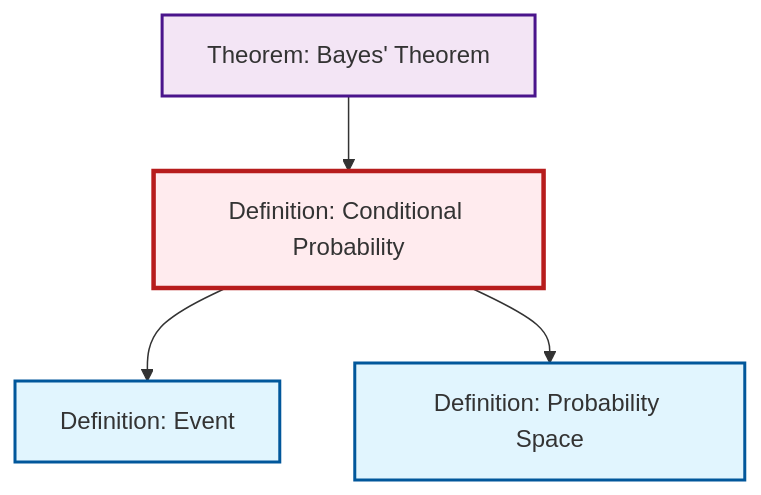
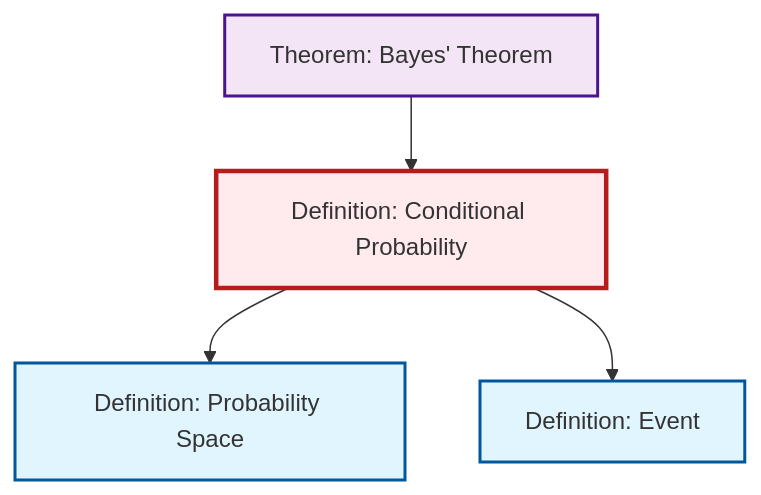
The diagram in content/ja/probability-statistics/def-conditional-probability.qmd (RK0429/ModernMath), drawn with Mermaid before and after one commit. The commit also changed other lines of this file and 434 other files, not shown here.

````diff
--- a/content/ja/probability-statistics/def-conditional-probability.qmd
+++ b/content/ja/probability-statistics/def-conditional-probability.qmd
@@ -70,20 +70,20 @@
 ```{mermaid}
 %%| fig-cap: "Local dependency graph"
 graph TD
     classDef definition fill:#e1f5fe,stroke:#01579b,stroke-width:2px
     classDef theorem fill:#f3e5f5,stroke:#4a148c,stroke-width:2px
     classDef axiom fill:#fff3e0,stroke:#e65100,stroke-width:2px
     classDef example fill:#e8f5e9,stroke:#1b5e20,stroke-width:2px
     classDef current fill:#ffebee,stroke:#b71c1c,stroke-width:3px
+    thm-bayes["Theorem: Bayes' Theorem"]:::theorem
     def-probability-space["Definition: Probability Space"]:::definition
-    thm-bayes["Theorem: Bayes' Theorem"]:::theorem
     def-event["Definition: Event"]:::definition
     def-conditional-probability["Definition: Conditional Probability"]:::definition
-    def-conditional-probability --> def-event
     thm-bayes --> def-conditional-probability
     def-conditional-probability --> def-probability-space
+    def-conditional-probability --> def-event
     class def-conditional-probability current
+    click thm-bayes "thm-bayes.html" "Theorem: Bayes' Theoremへ"
     click def-probability-space "def-probability-space.html" "Definition: Probability Spaceへ"
-    click thm-bayes "thm-bayes.html" "Theorem: Bayes' Theoremへ"
     click def-event "def-event.html" "Definition: Eventへ"
 ```
````
